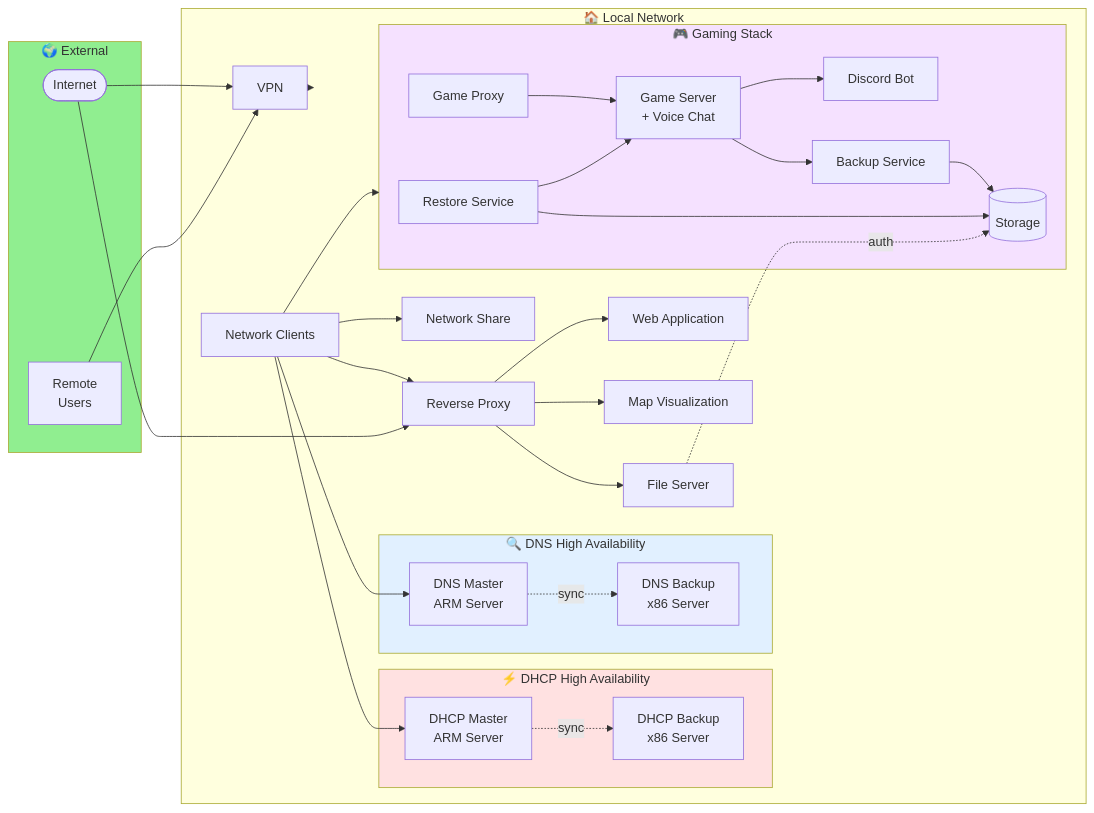
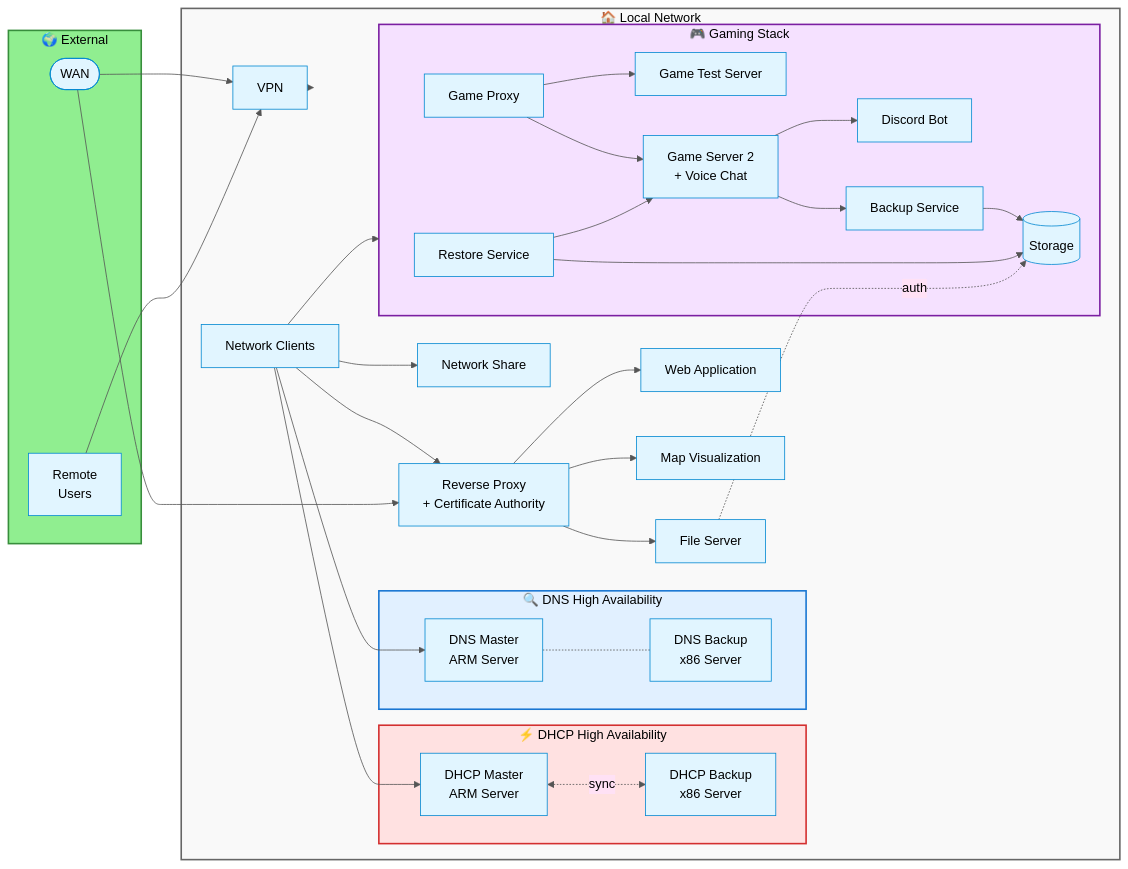
One commit to VVHome/homelab-infrastructure changed the third of 4 diagrams in README.md. Above: the diagram before and after it, drawn with Mermaid. The commit also changed other lines of this file, not shown here.

Commit message:
Update README to enhance network architecture and service details

````diff
--- a/README.md
+++ b/README.md
@@ -85,71 +101,75 @@
 ```mermaid
+%%{init: {'theme':'base', 'themeVariables': { 'primaryColor':'#e1f5ff','primaryTextColor':'#000','primaryBorderColor':'#0288d1','lineColor':'#555','secondaryColor':'#ffe1f5','tertiaryColor':'#f5e1ff','noteTextColor':'#000'}}}%%
 graph LR
     subgraph External["🌍 External"]
-        Internet([Internet])
+        WAN([WAN])
         Remote[Remote<br/>Users]
     end
     
     subgraph Network["🏠 Local Network"]
         Clients[Network Clients]
         
         subgraph DHCP_HA["⚡ DHCP High Availability"]
             DHCP_M[DHCP Master<br/>ARM Server]
             DHCP_B[DHCP Backup<br/>x86 Server]
-            DHCP_M -.sync.-> DHCP_B
+            DHCP_M <-.sync.-> DHCP_B
         end
         
         subgraph DNS_HA["🔍 DNS High Availability"]
             DNS_M[DNS Master<br/>ARM Server]
             DNS_B[DNS Backup<br/>x86 Server]
-            DNS_M -.sync.-> DNS_B
+            DNS_M -.- DNS_B
         end
         
         subgraph MC_Stack["🎮 Gaming Stack"]
             Proxy[Game Proxy]
-            Game[Game Server<br/>+ Voice Chat]
+            Game1[Game Test Server]
+            Game2[Game Server 2<br/>+ Voice Chat]
             Discord[Discord Bot]
             Backup[Backup Service]
             Restore[Restore Service]
             Storage[(Storage)]
             
-            Proxy --> Game
-            Game --> Discord
-            Game --> Backup
+            Proxy --> Game1
+            Proxy --> Game2
+            Game2 --> Discord
+            Game2 --> Backup
             Backup --> Storage
             Restore --> Storage
-            Restore --> Game
+            Restore --> Game2
         end
         
-        RevProxy[Reverse Proxy]
+        RevProxy[Reverse Proxy<br/>+ Certificate Authority]
         App1[Web Application]
         App2[Map Visualization]
         Files[File Server]
         
         FileShare[Network Share]
         VPN[VPN]
     end
     
-    Internet --> VPN
+    WAN --> VPN
     Remote --> VPN
     VPN --> Network
     
     Clients --> DHCP_M
     Clients --> DNS_M
     Clients --> RevProxy
     
-    Internet --> RevProxy
+    WAN --> RevProxy
     
     RevProxy --> App1
     RevProxy --> App2
     RevProxy --> Files
     
     Files -.auth.-> Storage
     
     Clients --> MC_Stack
     Clients --> FileShare
     
-    style External fill:#90EE90
-    style DHCP_HA fill:#ffe1e1
-    style DNS_HA fill:#e1f0ff
-    style MC_Stack fill:#f5e1ff
+    style External fill:#90EE90,stroke:#388e3c,stroke-width:2px,color:#000
+    style DHCP_HA fill:#ffe1e1,stroke:#d32f2f,stroke-width:2px,color:#000
+    style DNS_HA fill:#e1f0ff,stroke:#1976d2,stroke-width:2px,color:#000
+    style MC_Stack fill:#f5e1ff,stroke:#7b1fa2,stroke-width:2px,color:#000
+    style Network fill:#f9f9f9,stroke:#666,stroke-width:2px,color:#000
 ```
````
